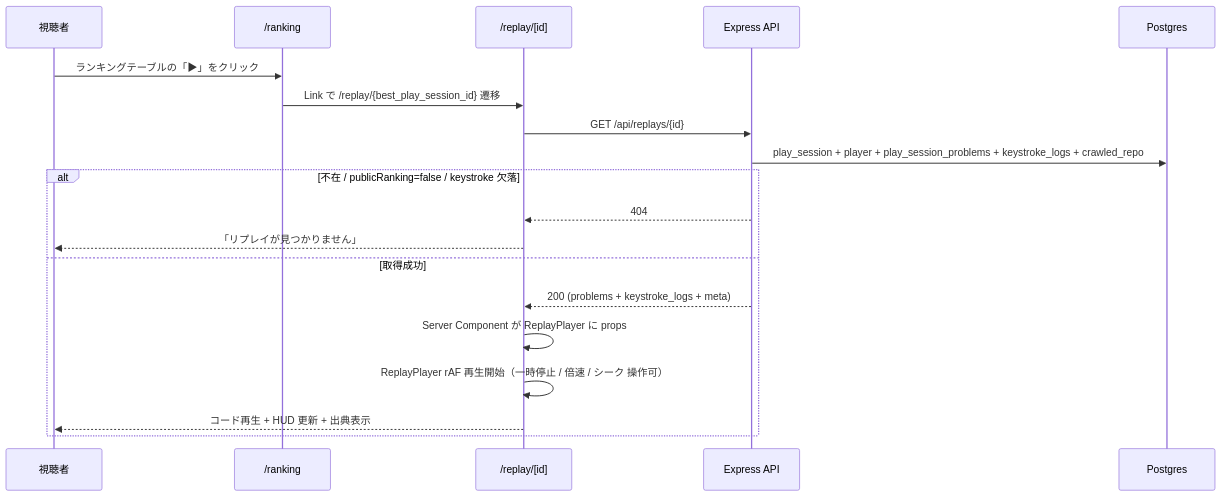
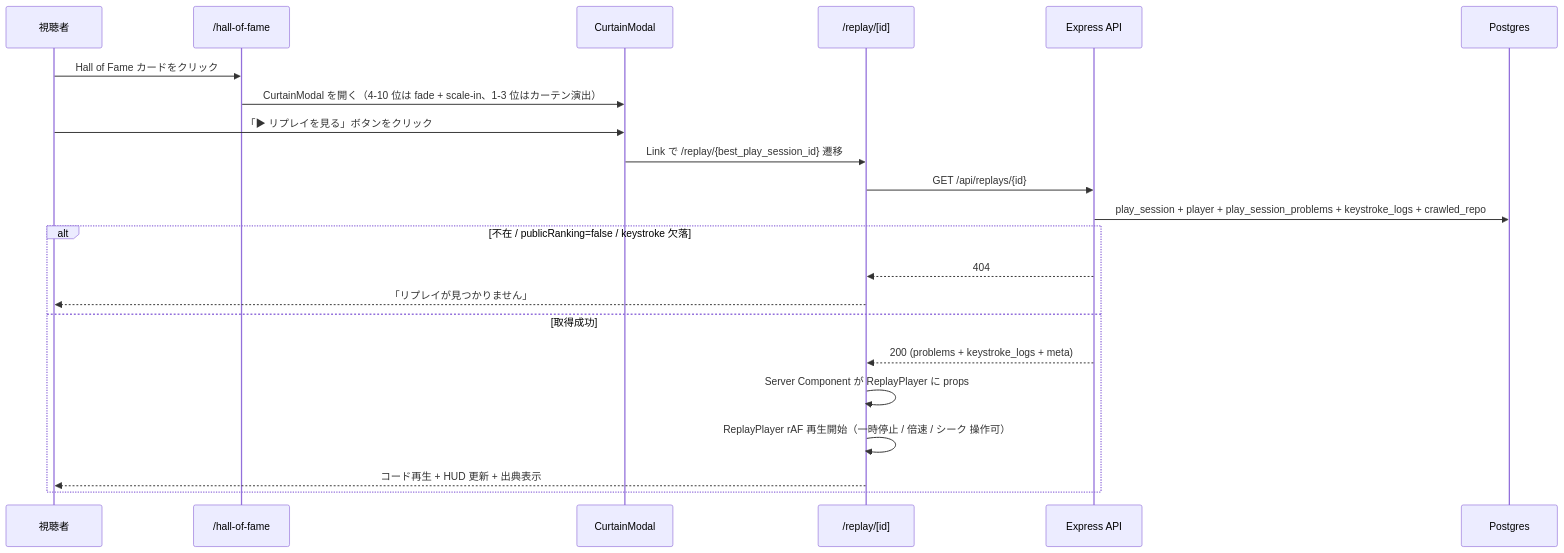
The diagram in docs/spec/replay-viewer/step1-api-and-web-replay-player.md (kentakki416/typing-royale), drawn with Mermaid before and after one commit. The commit also changed other lines of this file and 51 other files, not shown here.

````diff
--- a/docs/spec/replay-viewer/step1-api-and-web-replay-player.md
+++ b/docs/spec/replay-viewer/step1-api-and-web-replay-player.md
@@ -161,22 +161,25 @@
 ```mermaid
 sequenceDiagram
     participant U as 視聴者
-    participant Rk as /ranking
+    participant HoF as /hall-of-fame
+    participant Modal as CurtainModal
     participant W as /replay/[id]
     participant API as Express API
     participant DB as Postgres
 
-    U->>Rk: ランキングテーブルの「▶」をクリック
-    Rk->>W: Link で /replay/{best_play_session_id} 遷移
+    U->>HoF: Hall of Fame カードをクリック
+    HoF->>Modal: CurtainModal を開く（4-10 位は fade + scale-in、1-3 位はカーテン演出）
+    U->>Modal: 「▶ リプレイを見る」ボタンをクリック
+    Modal->>W: Link で /replay/{best_play_session_id} 遷移
     W->>API: GET /api/replays/{id}
     API->>DB: play_session + player + play_session_problems + keystroke_logs + crawled_repo
     alt 不在 / publicRanking=false / keystroke 欠落
         API-->>W: 404
         W-->>U: 「リプレイが見つかりません」
     else 取得成功
         API-->>W: 200 (problems + keystroke_logs + meta)
         W->>W: Server Component が ReplayPlayer に props
         W->>W: ReplayPlayer rAF 再生開始（一時停止 / 倍速 / シーク 操作可）
         W-->>U: コード再生 + HUD 更新 + 出典表示
     end
 ```
````
